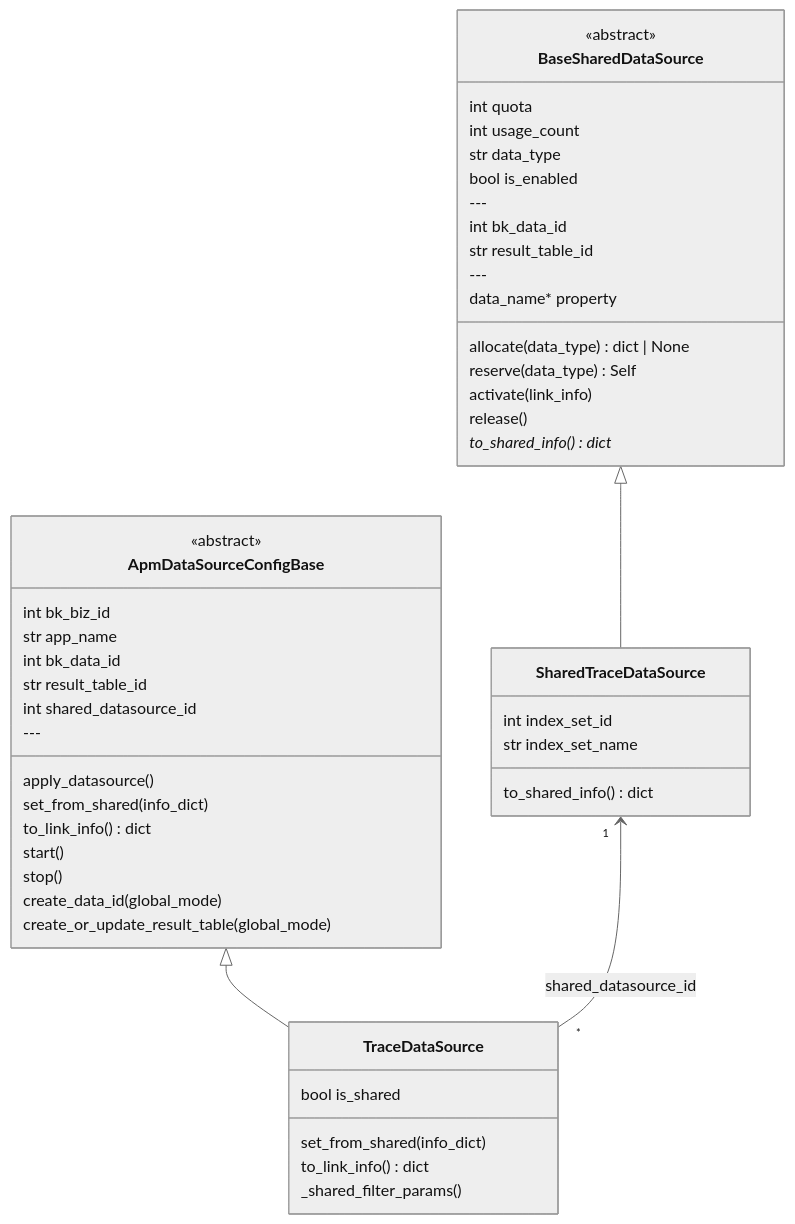
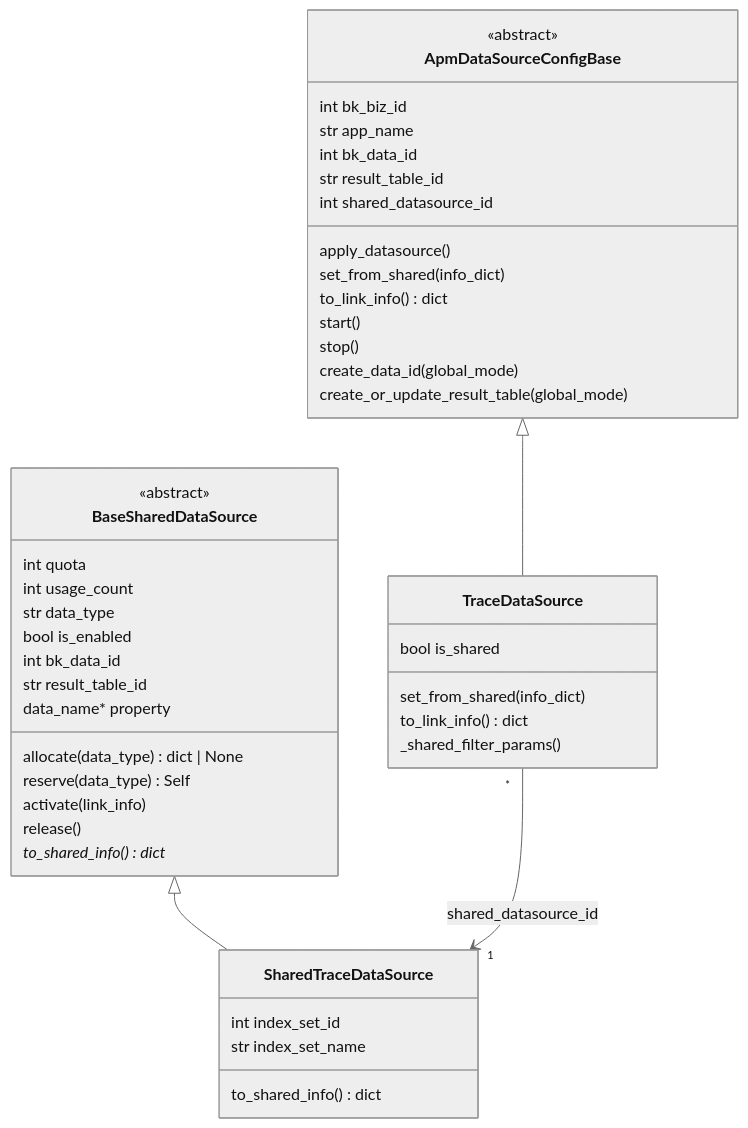
Before and after one commit to ZhuoZhuoCrayon/ai-workspace: the fourth of 10 diagrams in knowledge/bkmonitor/issues/2026-03-03-apm-shared-datasource/PLAN.md, drawn with Mermaid (neutral theme). The commit also changed other lines of this file, not shown here.

First line of the commit message:
docs(bkmonitor): refine APM shared datasource PLAN structure and diagrams

````diff
--- a/knowledge/bkmonitor/issues/2026-03-03-apm-shared-datasource/PLAN.md
+++ b/knowledge/bkmonitor/issues/2026-03-03-apm-shared-datasource/PLAN.md
@@ -123,50 +135,47 @@
 ```mermaid
 classDiagram
     class BaseSharedDataSource {
         <<abstract>>
         int quota
         int usage_count
         str data_type
         bool is_enabled
-        ---
         int bk_data_id
         str result_table_id
-        ---
         allocate(data_type) dict | None
         reserve(data_type) Self
         activate(link_info)
         release()
         to_shared_info() dict*
         data_name* property
     }
     class SharedTraceDataSource {
         int index_set_id
         str index_set_name
         to_shared_info() dict
     }
     class ApmDataSourceConfigBase {
         <<abstract>>
         int bk_biz_id
         str app_name
         int bk_data_id
         str result_table_id
         int shared_datasource_id
-        ---
         apply_datasource()
         set_from_shared(info_dict)
         to_link_info() dict
         start()
         stop()
         create_data_id(global_mode)
         create_or_update_result_table(global_mode)
     }
     class TraceDataSource {
         bool is_shared
         set_from_shared(info_dict)
         to_link_info() dict
         _shared_filter_params()
     }
     BaseSharedDataSource <|-- SharedTraceDataSource
     ApmDataSourceConfigBase <|-- TraceDataSource
-    SharedTraceDataSource "1" <-- "*" TraceDataSource : shared_datasource_id
+    TraceDataSource "*" --> "1" SharedTraceDataSource : shared_datasource_id
 ```
````
